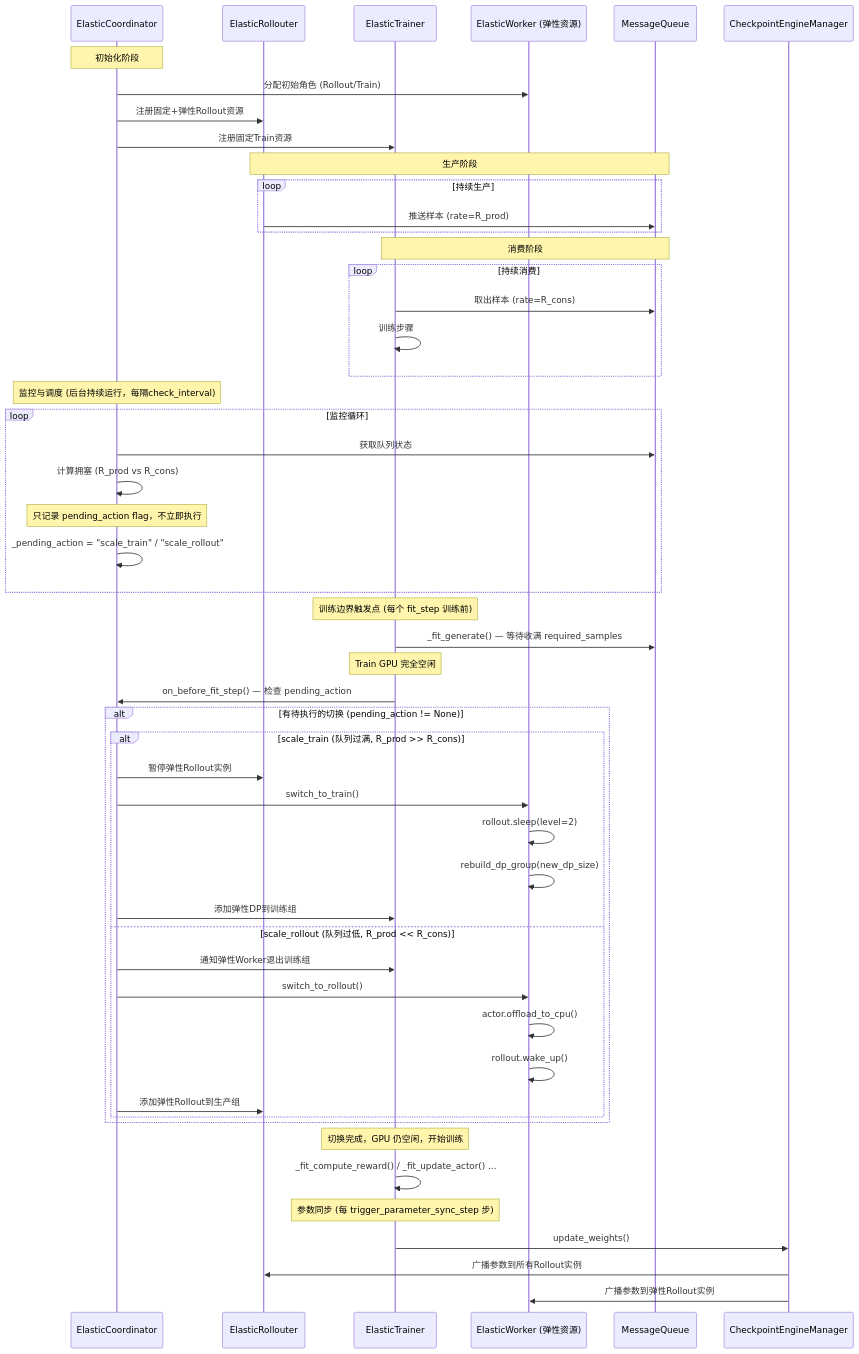
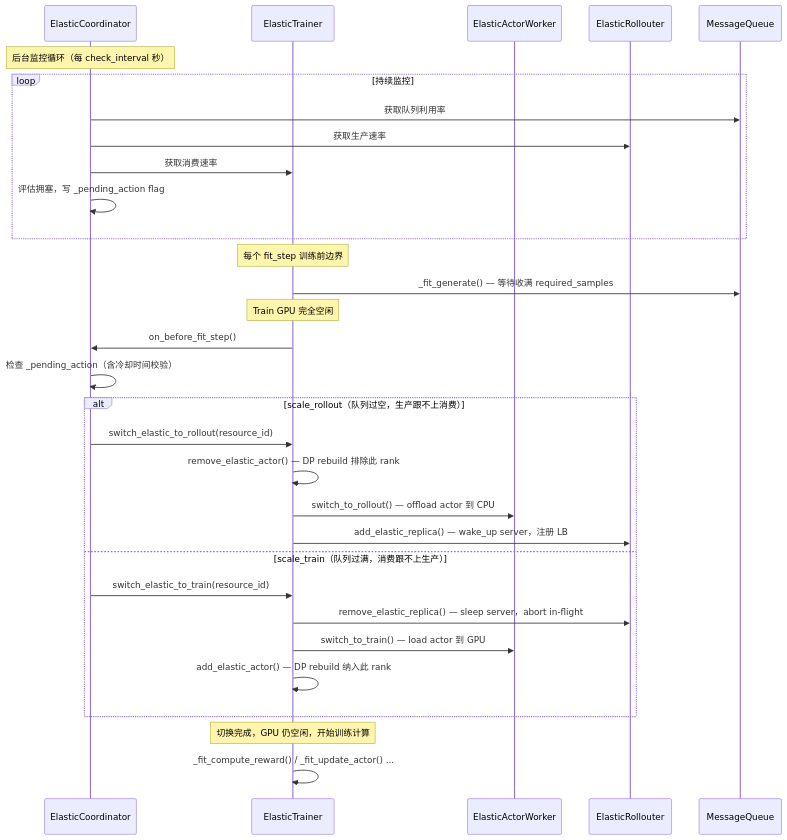
Before and after one commit to meituan-search/verl: the third of 11 diagrams in verl/experimental/elastic_scheduling/README.md, drawn with Mermaid. The commit also changed other lines of this file, not shown here.

````diff
--- a/verl/experimental/elastic_scheduling/README.md
+++ b/verl/experimental/elastic_scheduling/README.md
@@ -108,62 +86,38 @@
 ```mermaid
 sequenceDiagram
     participant EC as ElasticCoordinator
+    participant ET as ElasticTrainer
+    participant EW as ElasticActorWorker
     participant ER as ElasticRollouter
-    participant ET as ElasticTrainer
-    participant EW as ElasticWorker (弹性资源)
     participant MQ as MessageQueue
-    participant CM as CheckpointEngineManager
     
-    Note over EC: 初始化阶段
-    EC->>EW: 分配初始角色 (Rollout/Train)
-    EC->>ER: 注册固定+弹性Rollout资源
-    EC->>ET: 注册固定Train资源
-    
-    Note over ER,MQ: 生产阶段
-    loop 持续生产
-        ER->>MQ: 推送样本 (rate=R_prod)
+    Note over EC: 后台监控循环（每 check_interval 秒）
+    loop 持续监控
+        EC->>MQ: 获取队列利用率
+        EC->>ER: 获取生产速率
+        EC->>ET: 获取消费速率
+        EC->>EC: 评估拥塞，写 _pending_action flag
     end
     
-    Note over ET,MQ: 消费阶段
-    loop 持续消费
-        ET->>MQ: 取出样本 (rate=R_cons)
-        ET->>ET: 训练步骤
-    end
-
-    Note over EC: 监控与调度 (后台持续运行，每隔check_interval)
-    loop 监控循环
-        EC->>MQ: 获取队列状态
-        EC->>EC: 计算拥塞 (R_prod vs R_cons)
-        Note over EC: 只记录 pending_action flag，不立即执行
-        EC->>EC: _pending_action = "scale_train" / "scale_rollout"
-    end
-
-    Note over ET: 训练边界触发点 (每个 fit_step 训练前)
+    Note over ET: 每个 fit_step 训练前边界
     ET->>MQ: _fit_generate() — 等待收满 required_samples
     Note over ET: Train GPU 完全空闲
-    ET->>EC: on_before_fit_step() — 检查 pending_action
 
-    alt 有待执行的切换 (pending_action != None)
-        alt scale_train (队列过满, R_prod >> R_cons)
-            EC->>ER: 暂停弹性Rollout实例
-            EC->>EW: switch_to_train()
-            EW->>EW: rollout.sleep(level=2)
-            EW->>EW: rebuild_dp_group(new_dp_size)
-            EC->>ET: 添加弹性DP到训练组
-        else scale_rollout (队列过低, R_prod << R_cons)
-            EC->>ET: 通知弹性Worker退出训练组
-            EC->>EW: switch_to_rollout()
-            EW->>EW: actor.offload_to_cpu()
-            EW->>EW: rollout.wake_up()
-            EC->>ER: 添加弹性Rollout到生产组
-        end
+    ET->>EC: on_before_fit_step()
+    EC->>EC: 检查 _pending_action（含冷却时间校验）
+
+    alt scale_rollout（队列过空，生产跟不上消费）
+        EC->>ET: switch_elastic_to_rollout(resource_id)
+        ET->>ET: remove_elastic_actor() — DP rebuild 排除此 rank
+        ET->>EW: switch_to_rollout() — offload actor 到 CPU
+        ET->>ER: add_elastic_replica() — wake_up server，注册 LB
+    else scale_train（队列过满，消费跟不上生产）
+        EC->>ET: switch_elastic_to_train(resource_id)
+        ET->>ER: remove_elastic_replica() — sleep server，abort in-flight
+        ET->>EW: switch_to_train() — load actor 到 GPU
+        ET->>ET: add_elastic_actor() — DP rebuild 纳入此 rank
     end
         
-    Note over ET: 切换完成，GPU 仍空闲，开始训练
+    Note over ET: 切换完成，GPU 仍空闲，开始训练计算
     ET->>ET: _fit_compute_reward() / _fit_update_actor() ...
-
-    Note over ET: 参数同步 (每 trigger_parameter_sync_step 步)
-    ET->>CM: update_weights()
-    CM->>ER: 广播参数到所有Rollout实例
-    CM->>EW: 广播参数到弹性Rollout实例
 ```
````
